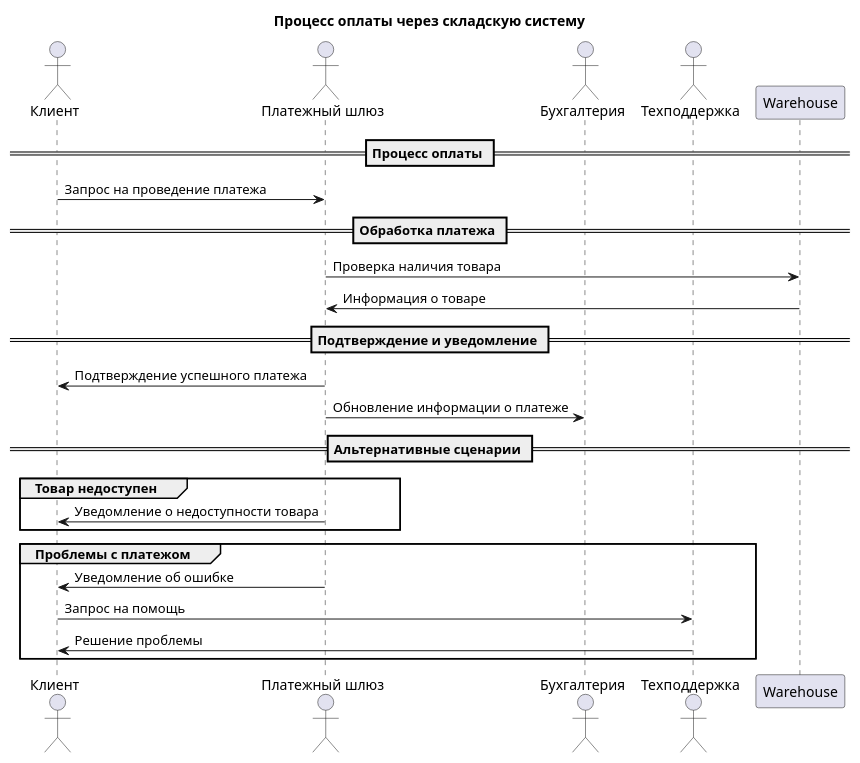
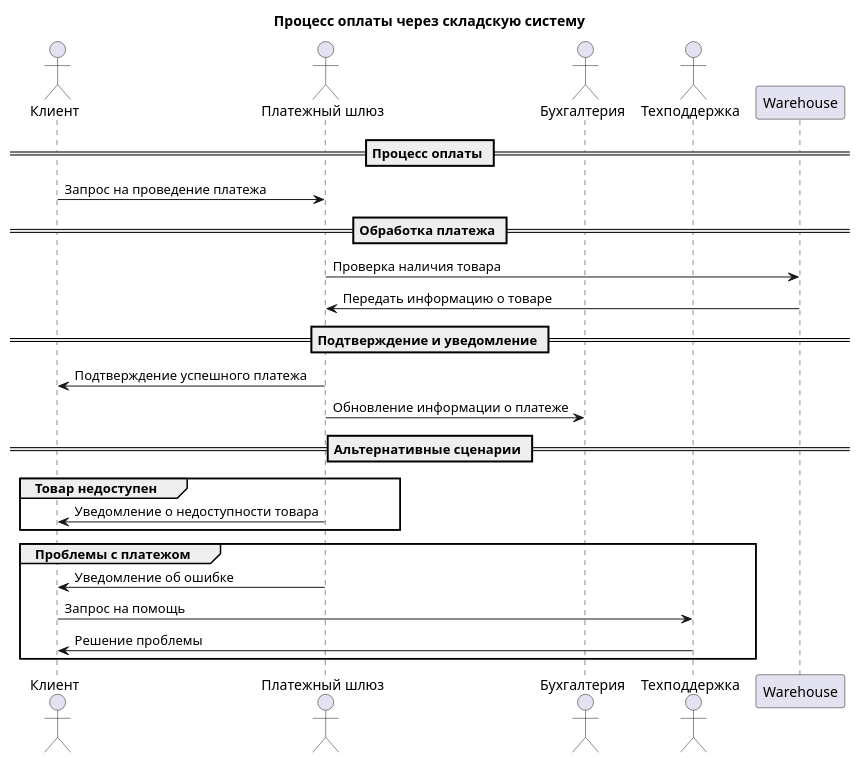
The diagram in Precedents/Платежный шлюз/Диаграмма последовательности.md (penamarth/bsbo-14-22_team5_var6), drawn with PlantUML before and after one commit. The commit also changed 4 other files, not shown here.

````diff
--- a/Precedents/Платежный шлюз/Диаграмма последовательности.md
+++ b/Precedents/Платежный шлюз/Диаграмма последовательности.md
@@ -1,37 +1,37 @@
 ```plantuml
 @startuml
 actor "Клиент" as customer
 actor "Платежный шлюз" as paymentGateway
 actor "Бухгалтерия" as accounting
 actor "Техподдержка" as support
 
 title Процесс оплаты через складскую систему
 
 == Процесс оплаты ==
 
 customer -> paymentGateway: Запрос на проведение платежа
 
 == Обработка платежа ==
 
 paymentGateway -> Warehouse: Проверка наличия товара
-Warehouse -> paymentGateway: Информация о товаре
+Warehouse -> paymentGateway: Передать информацию о товаре
 
 == Подтверждение и уведомление ==
 
 paymentGateway -> customer: Подтверждение успешного платежа
 paymentGateway -> accounting: Обновление информации о платеже
 
 == Альтернативные сценарии ==
 
 group Товар недоступен
     paymentGateway -> customer: Уведомление о недоступности товара
 end
 
 group Проблемы с платежом
     paymentGateway -> customer: Уведомление об ошибке
     customer -> support: Запрос на помощь
     support -> customer: Решение проблемы
 end
 
 @enduml
 ```
````
